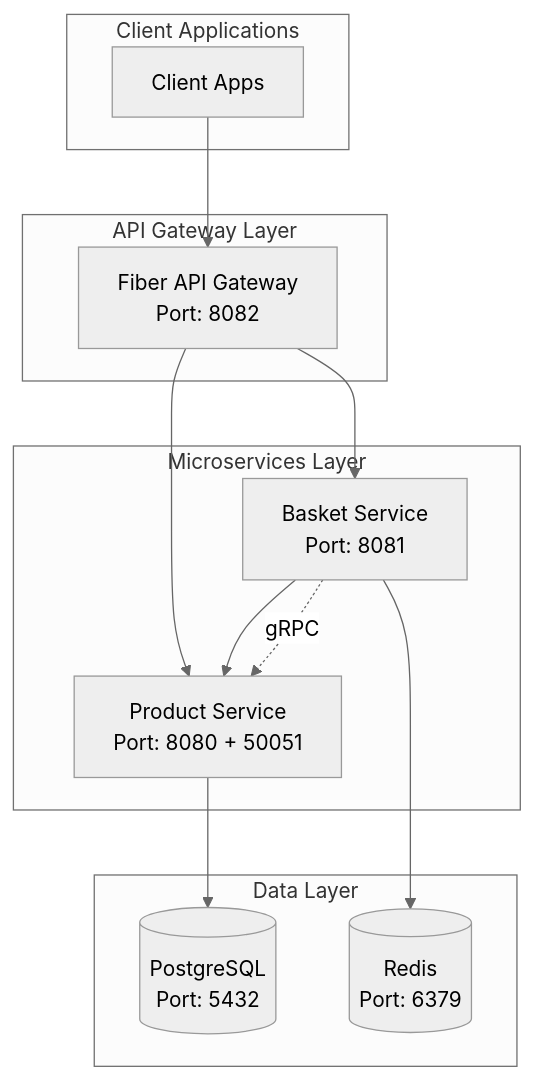
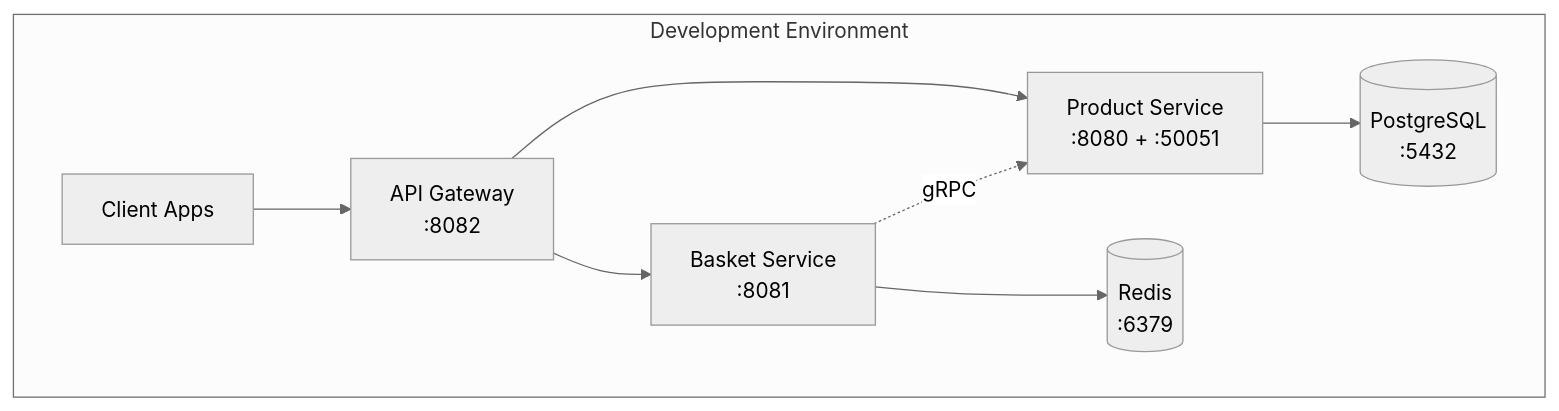
The first of 4 diagrams in README.md (ozturkeniss/Multi-VM-Infrastructure), drawn with Mermaid (neutral theme) before and after one commit. The commit also changed other lines of this file and 24 other files, not shown here.

````diff
--- a/README.md
+++ b/README.md
@@ -7,28 +8,18 @@
 ```mermaid
 graph TB
-    subgraph "Client Applications"
+    subgraph "Development Environment"
         Client[Client Apps]
-    end
-    
-    subgraph "API Gateway Layer"
-        Gateway[Fiber API Gateway<br/>Port: 8082]
-    end
-    
-    subgraph "Microservices Layer"
-        Product[Product Service<br/>Port: 8080 + 50051]
-        Basket[Basket Service<br/>Port: 8081]
-    end
-    
-    subgraph "Data Layer"
-        PostgreSQL[(PostgreSQL<br/>Port: 5432)]
-        Redis[(Redis<br/>Port: 6379)]
+        Gateway[API Gateway<br/>:8082]
+        Product[Product Service<br/>:8080 + :50051]
+        Basket[Basket Service<br/>:8081]
+        PostgreSQL[(PostgreSQL<br/>:5432)]
+        Redis[(Redis<br/>:6379)]
     end
     
     Client --> Gateway
     Gateway --> Product
     Gateway --> Basket
-    Basket --> Product
+    Basket -.->|gRPC| Product
     Product --> PostgreSQL
     Basket --> Redis
-    Basket -.->|gRPC| Product
 ```
````
